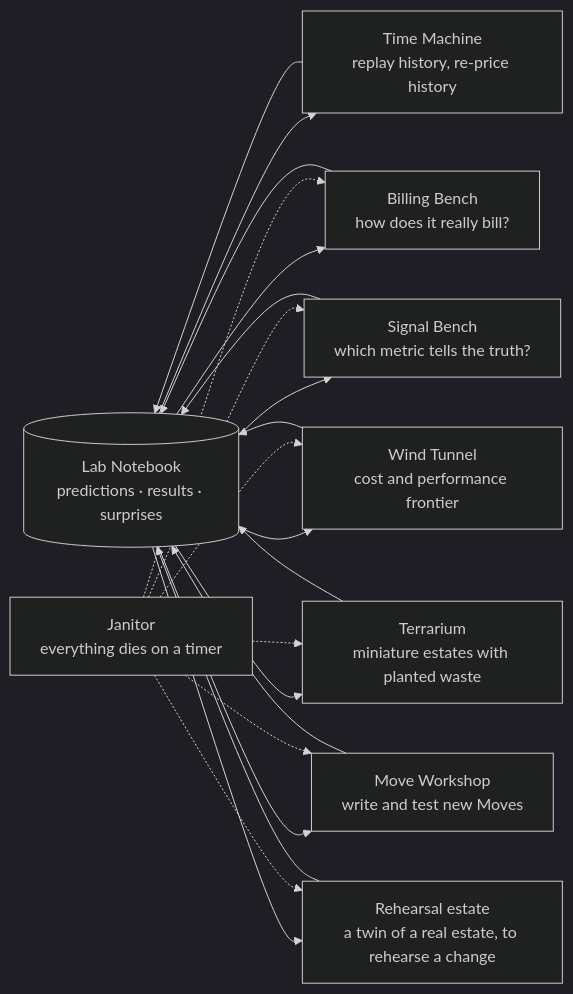
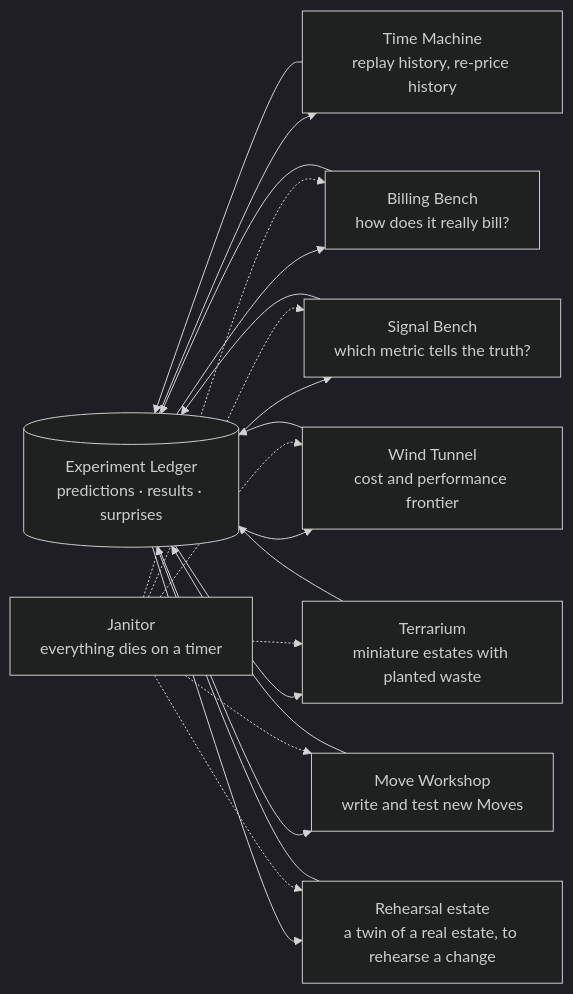
The second of 3 diagrams in docs/04-experiments-and-the-lab.md (tinodo/meternaut), drawn with Mermaid (dark theme) before and after one commit. The commit also changed other lines of this file and 26 other files, not shown here.

````diff
--- a/docs/04-experiments-and-the-lab.md
+++ b/docs/04-experiments-and-the-lab.md
@@ -59,32 +59,32 @@
 ```mermaid
 flowchart LR
-    NB[("Lab Notebook<br/>predictions · results · surprises")]
+    NB[("Experiment Ledger<br/>predictions · results · surprises")]
     BB["Billing Bench<br/>how does it really bill?"]
     SB["Signal Bench<br/>which metric tells the truth?"]
     WT["Wind Tunnel<br/>cost and performance frontier"]
     TM["Time Machine<br/>replay history, re-price history"]
     TR["Terrarium<br/>miniature estates with planted waste"]
     MW["Move Workshop<br/>write and test new Moves"]
     RB["Rehearsal estate<br/>a twin of a real estate, to rehearse a change"]
     JA["Janitor<br/>everything dies on a timer"]
     BB --> NB
     SB --> NB
     WT --> NB
     TM --> NB
     TR --> NB
     MW --> NB
     RB --> NB
     NB --> BB
     NB --> SB
     NB --> WT
     NB --> TM
     NB --> TR
     NB --> MW
     NB --> RB
     JA -.-> BB
     JA -.-> SB
     JA -.-> WT
     JA -.-> TR
     JA -.-> MW
     JA -.-> RB
 ```
````
